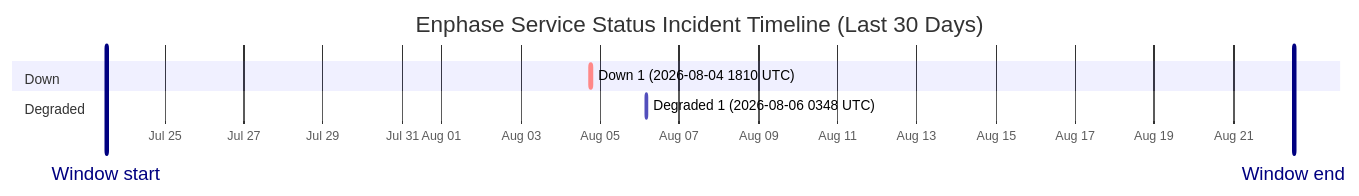
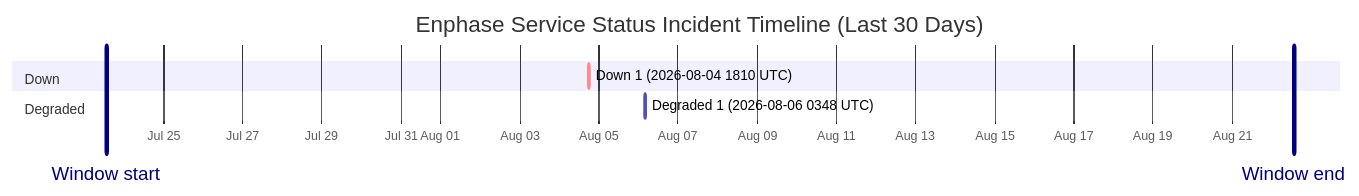
Before and after one commit to barneyonline/ha-enphase-energy: the diagram in wiki/Service-Status-History.md, drawn with Mermaid. The commit also changed other lines of this file and 3 other files, not shown here.

````diff
--- a/wiki/Service-Status-History.md
+++ b/wiki/Service-Status-History.md
@@ -14,12 +14,12 @@
 ```mermaid
 gantt
     title Enphase Service Status Incident Timeline (Last 30 Days)
     dateFormat  YYYY-MM-DDTHH:mm:ss
     axisFormat  %b %d
-    Window start :vert, window-start, 2026-07-23T12:34:49, 0ms
-    Window end :vert, window-end, 2026-08-22T12:34:49, 0ms
+    Window start :vert, window-start, 2026-07-23T13:29:50, 0ms
+    Window end :vert, window-end, 2026-08-22T13:29:50, 0ms
     section Down
     Down 1 (2026-08-04 1810 UTC) :crit, down-1, 2026-08-04T18:10:46, 60m
     section Degraded
     Degraded 1 (2026-08-06 0348 UTC) :active, degraded-1, 2026-08-06T03:48:14, 60m
 ```
````
